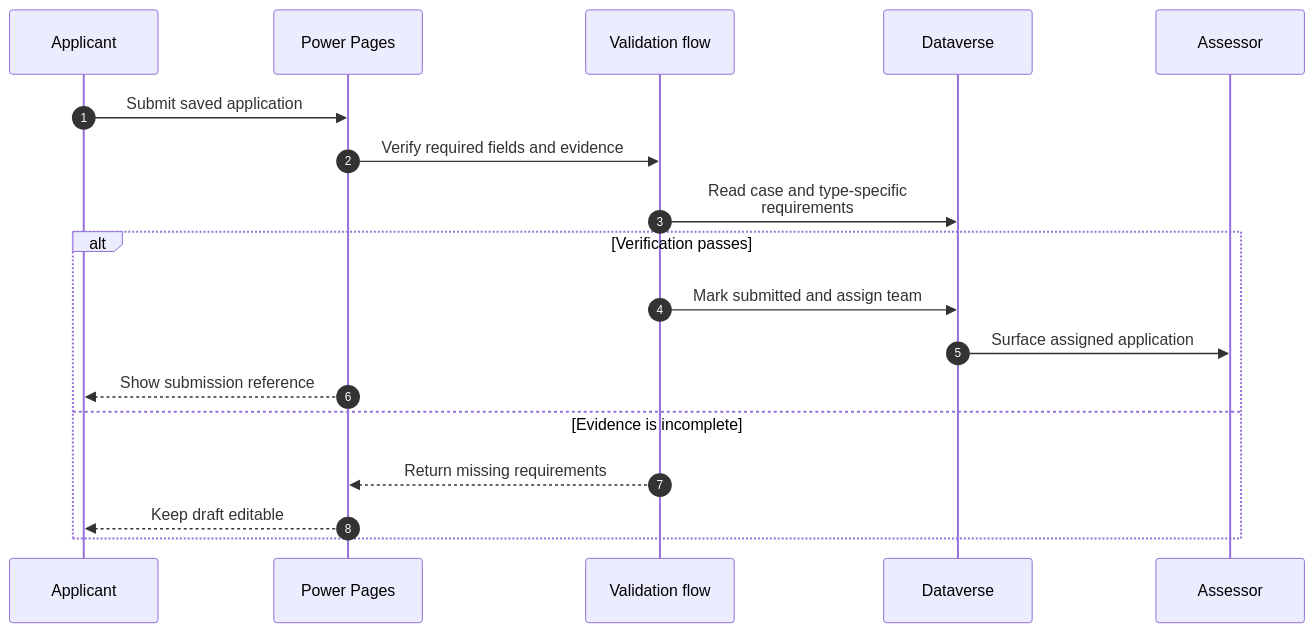
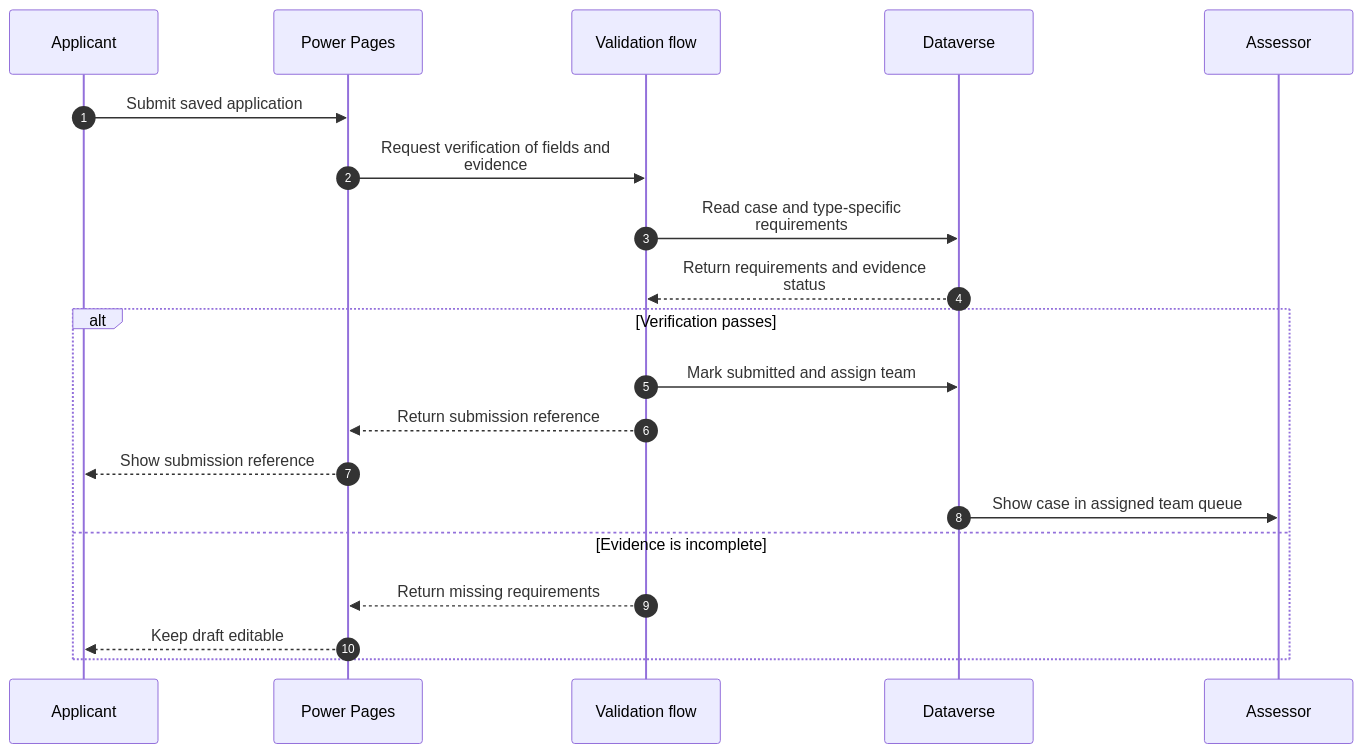
The second of 2 diagrams in reference-architectures/regulatory-applications.md (abhishek-ai-enabler/copilotstudio-architecture-patterns), drawn with Mermaid before and after one commit. The commit also changed other lines of this file and 41 other files, not shown here.

First line of the commit message:
Review diagrams: add return paths and fix flow accuracy

````diff
--- a/reference-architectures/regulatory-applications.md
+++ b/reference-architectures/regulatory-applications.md
@@ -39,21 +41,23 @@
 ```mermaid
 sequenceDiagram
     accTitle: Regulatory applications with separate applicant and assessor workspaces - technical flow
     autonumber
     participant U as Applicant
     participant P as Power Pages
     participant F as Validation flow
     participant D as Dataverse
     participant H as Assessor
     U->>P: Submit saved application
-    P->>F: Verify required fields and evidence
+    P->>F: Request verification of fields and<br/>evidence
     F->>D: Read case and type-specific<br/>requirements
+    D-->>F: Return requirements and evidence<br/>status
     alt Verification passes
-        F->>D: Mark submitted and assign team
-        D->>H: Surface assigned application
-        P-->>U: Show submission reference
+      F->>D: Mark submitted and assign team
+      F-->>P: Return submission reference
+      P-->>U: Show submission reference
+      D->>H: Show case in assigned team queue
     else Evidence is incomplete
-        F-->>P: Return missing requirements
-        P-->>U: Keep draft editable
+      F-->>P: Return missing requirements
+      P-->>U: Keep draft editable
     end
 ```
````
